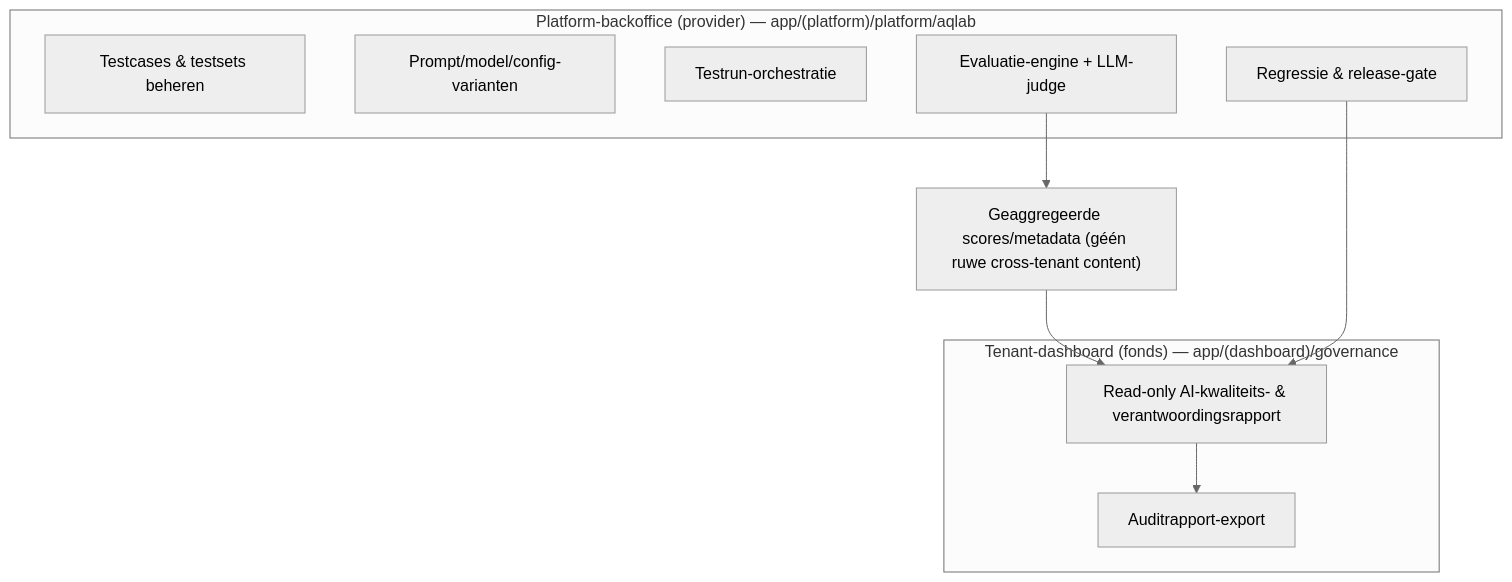
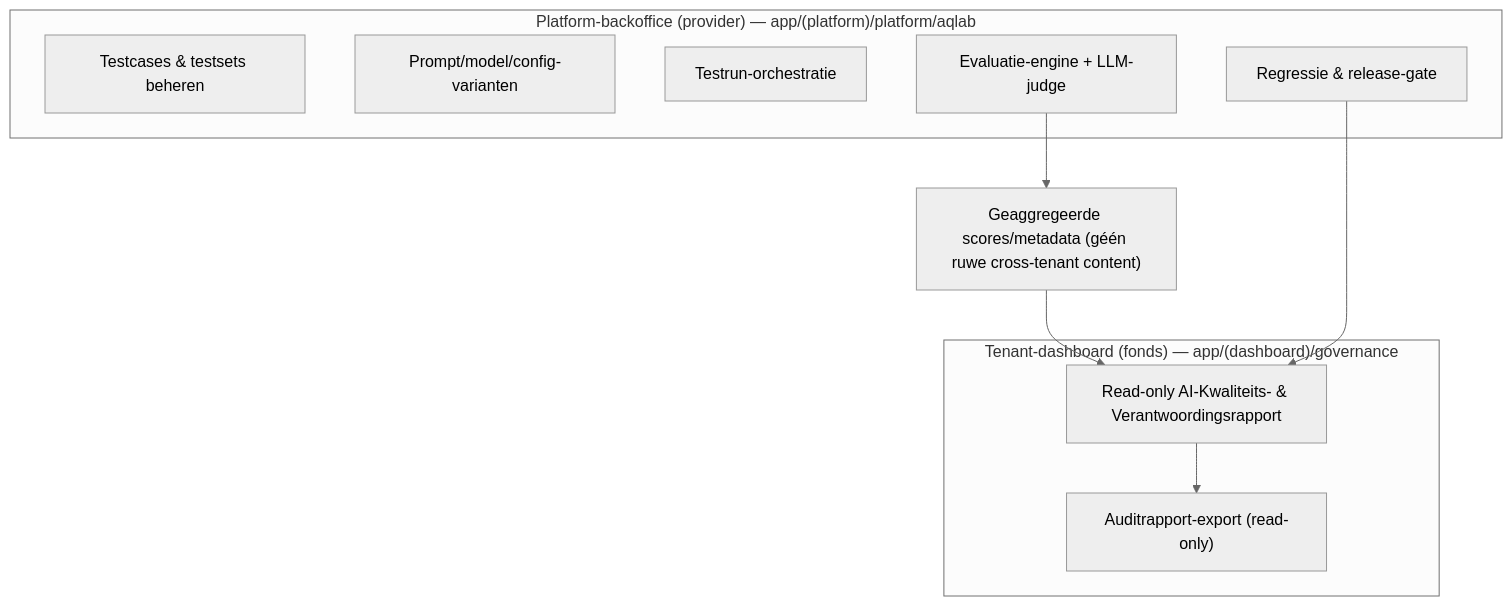
Before and after one commit to merlinijzerman/Bestuurdersportaal: the first of 6 diagrams in AI-QUALITY-LAB-ARCHITECTUUR.md, drawn with Mermaid (neutral theme). The commit also changed other lines of this file and 21 other files, not shown here.

````diff
--- a/AI-QUALITY-LAB-ARCHITECTUUR.md
+++ b/AI-QUALITY-LAB-ARCHITECTUUR.md
@@ -82,18 +98,18 @@
 ```mermaid
 flowchart TB
   subgraph PLAT["Platform-backoffice (provider) — app/(platform)/platform/aqlab"]
     TC["Testcases & testsets beheren"]
     VAR["Prompt/model/config-varianten"]
     RUN["Testrun-orchestratie"]
     EVAL["Evaluatie-engine + LLM-judge"]
     REG["Regressie & release-gate"]
   end
   subgraph TENANT["Tenant-dashboard (fonds) — app/(dashboard)/governance"]
-    ASSUR["Read-only AI-kwaliteits- & verantwoordingsrapport"]
-    EXPORT["Auditrapport-export"]
+    ASSUR["Read-only AI-Kwaliteits- & Verantwoordingsrapport"]
+    EXPORT["Auditrapport-export (read-only)"]
   end
   EVAL --> AGG["Geaggregeerde scores/metadata (géén ruwe cross-tenant content)"]
   AGG --> ASSUR
   REG --> ASSUR
   ASSUR --> EXPORT
 ```
````
